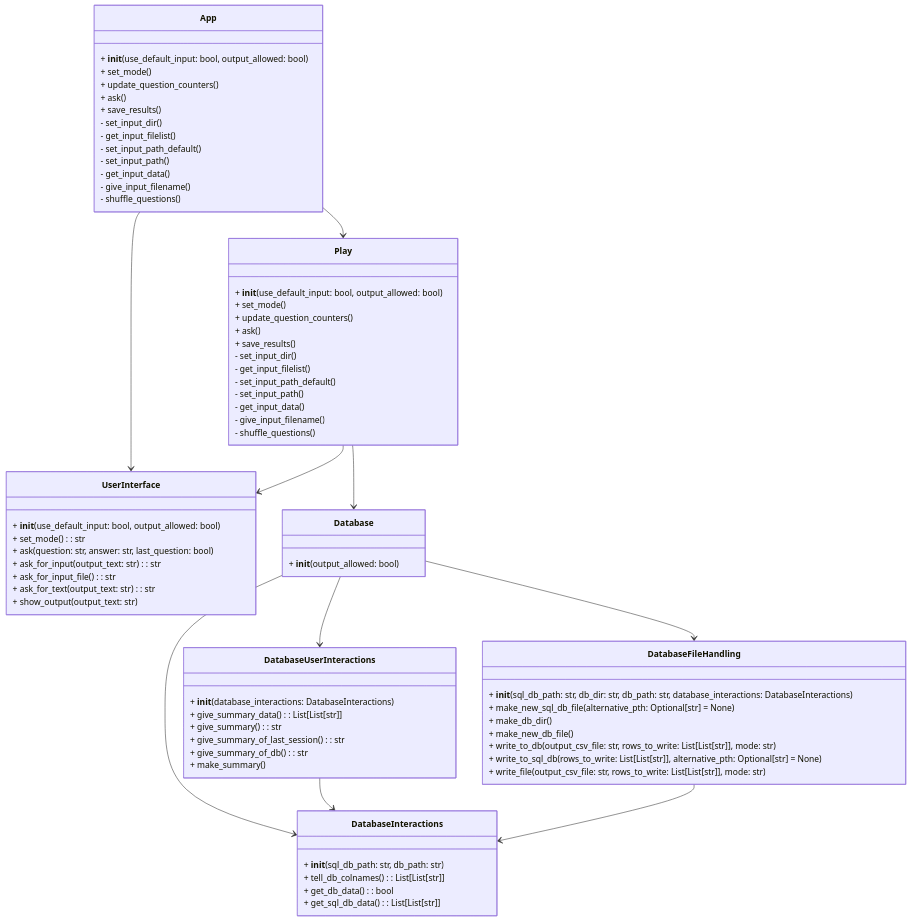
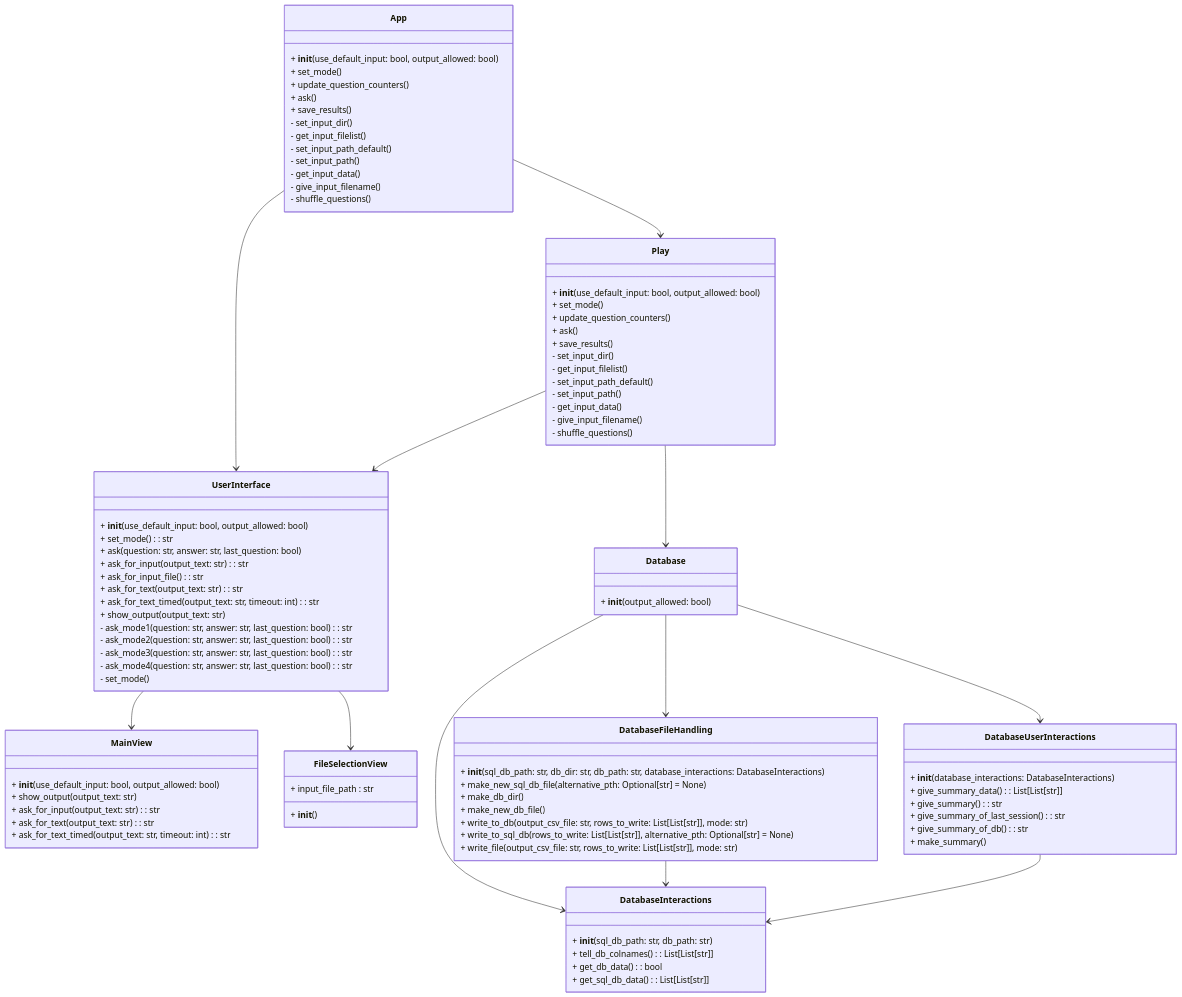
Before and after one commit to platipus82/ot-harjoitustyo: the diagram in dokumentaatio/luokkakaavio_detailed.MD, drawn with Mermaid.

````diff
--- a/dokumentaatio/luokkakaavio_detailed.MD
+++ b/dokumentaatio/luokkakaavio_detailed.MD
@@ -37,7 +37,13 @@
         + ask_for_input(output_text: str) : str
         + ask_for_input_file() : str
         + ask_for_text(output_text: str) : str
+        + ask_for_text_timed(output_text: str, timeout: int) : str
         + show_output(output_text: str)
+        - ask_mode1(question: str, answer: str, last_question: bool) : str
+        - ask_mode2(question: str, answer: str, last_question: bool) : str
+        - ask_mode3(question: str, answer: str, last_question: bool) : str
+        - ask_mode4(question: str, answer: str, last_question: bool) : str
+        - set_mode()
     }
 
     class Database {
@@ -70,6 +76,19 @@
         + make_summary()
     }
 
+    class MainView {
+        + __init__(use_default_input: bool, output_allowed: bool)
+        + show_output(output_text: str)
+        + ask_for_input(output_text: str) : str
+        + ask_for_text(output_text: str) : str
+        + ask_for_text_timed(output_text: str, timeout: int) : str
+    }
+
+    class FileSelectionView {
+        + __init__()
+        + input_file_path : str
+    }
+
     App --> UserInterface
     App --> Play
     Play --> UserInterface
@@ -79,4 +98,6 @@
     Database --> DatabaseUserInteractions
     DatabaseUserInteractions --> DatabaseInteractions
     DatabaseFileHandling --> DatabaseInteractions
+    UserInterface --> MainView
+    UserInterface --> FileSelectionView
 ```
````
